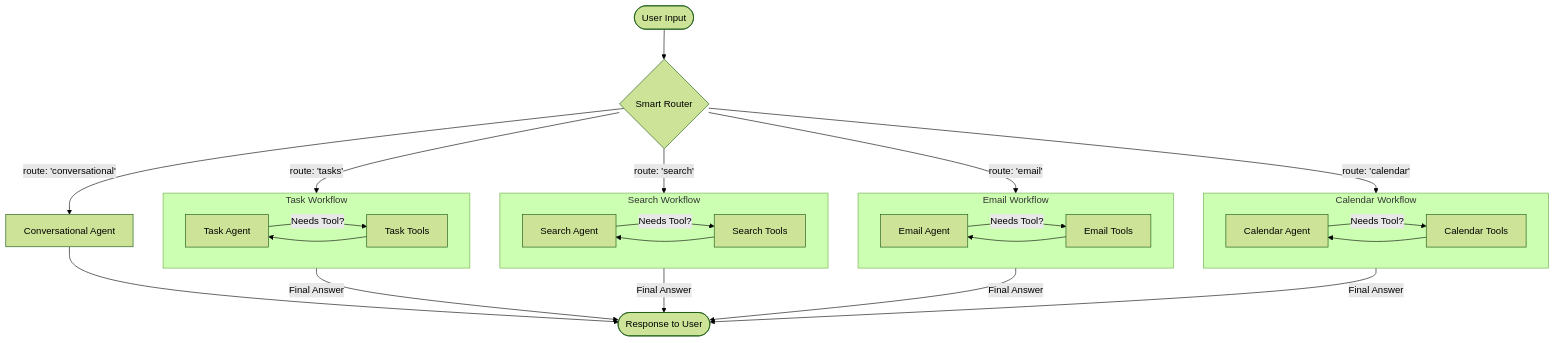
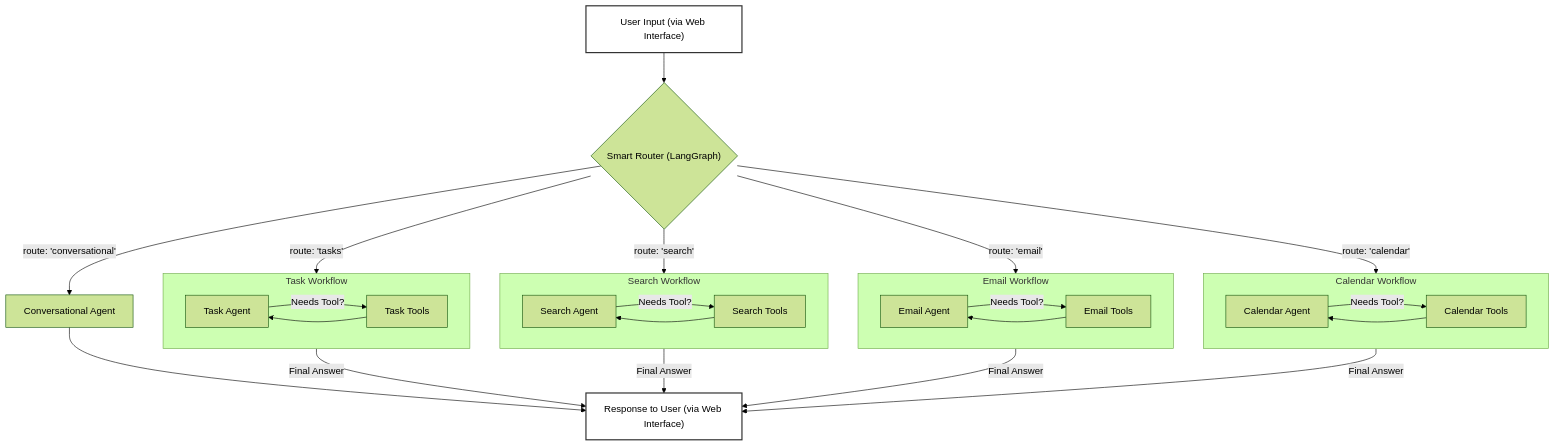
Before and after one commit to berkyalkn/ai-personal-assistant: the diagram in README.md, drawn with Mermaid (forest theme). The commit also changed other lines of this file, not shown here.

First line of the commit message:
docs: Overhaul README.md for Full-Stack Web Application

````diff
--- a/README.md
+++ b/README.md
@@ -55,40 +64,43 @@
 ```mermaid
 graph TD
-    UserInput(["User Input"]) --> Router{"Smart Router"};
+    UserInput["User Input (via Web Interface)"] --> Router{"Smart Router (LangGraph)"};
 
     Router -- route: 'calendar' --> CalendarAgent[Calendar Agent];
     Router -- route: 'email' --> EmailAgent[Email Agent];
     Router -- route: 'search' --> SearchAgent[Search Agent];
     Router -- route: 'tasks' --> TaskAgent[Task Agent];
     Router -- route: 'conversational' --> ConversationalAgent[Conversational Agent];
 
     subgraph Calendar Workflow
         direction LR
         CalendarAgent -- "Needs Tool?" --> CalendarTools[Calendar Tools];
         CalendarTools --> CalendarAgent;
     end
-
-    subgraph Email Workflow
+    
+     subgraph Email Workflow
         direction LR
         EmailAgent -- "Needs Tool?" --> EmailTools[Email Tools];
         EmailTools --> EmailAgent;
     end
 
     subgraph Search Workflow
         direction LR
         SearchAgent -- "Needs Tool?" --> SearchTools[Search Tools];
         SearchTools --> SearchAgent;
     end
 
     subgraph Task Workflow
         direction LR
         TaskAgent -- "Needs Tool?" --> TaskTools[Task Tools];
         TaskTools --> TaskAgent;
     end
-    
-    CalendarAgent -- "Final Answer" --> EndPoint([Response to User]);
-    EmailAgent -- "Final Answer" --> EndPoint;
-    SearchAgent -- "Final Answer" --> EndPoint;
-    TaskAgent -- "Final Answer" --> EndPoint;
-    ConversationalAgent --> EndPoint;
+
+    CalendarAgent -- "Final Answer" --> ResponseToUser["Response to User (via Web Interface)"];
+    EmailAgent -- "Final Answer" --> ResponseToUser;
+    SearchAgent -- "Final Answer" --> ResponseToUser;
+    TaskAgent -- "Final Answer" --> ResponseToUser;
+    ConversationalAgent --> ResponseToUser;
+
+    style UserInput fill:#FFFFFF,stroke:#333,stroke-width:2px
+    style ResponseToUser fill:#FFFFFF,stroke:#333,stroke-width:2px
 ```
````
